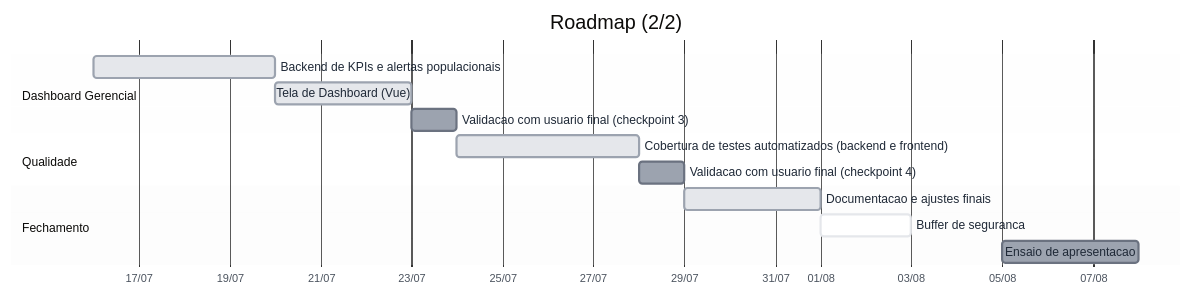
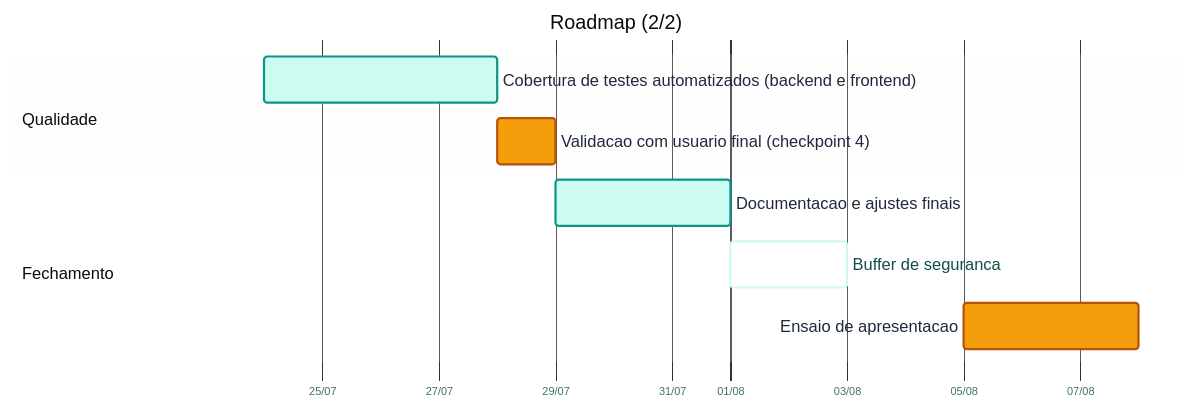
One commit to Vituriano/atendimentos changed the diagram in docs/docs/assets/roadmap-gantt-2.mmd. Above: the diagram before and after it, drawn with Mermaid. The commit also changed 4 other files, not shown here.

First line of the commit message:
docs: reorganiza Gantt em 3+2 entregas, aplica cores do projeto e fonte Baloo 2

```diff
--- a/docs/docs/assets/roadmap-gantt-2.mmd
+++ b/docs/docs/assets/roadmap-gantt-2.mmd
@@ -1,44 +1,15 @@
-%%{init: {
-  "theme": "base",
-  "themeVariables": {
-    "primaryColor": "#e5e7eb",
-    "primaryTextColor": "#1f2937",
-    "primaryBorderColor": "#9ca3af",
-    "secondaryColor": "#d1d5db",
-    "tertiaryColor": "#f3f4f6",
-    "critBorderColor": "#6b7280",
-    "critBkgColor": "#9ca3af",
-    "doneBkgColor": "#9ca3af",
-    "doneBorderColor": "#6b7280",
-    "activeBkgColor": "#d1d5db",
-    "activeBorderColor": "#6b7280",
-    "taskBkgColor": "#e5e7eb",
-    "taskBorderColor": "#9ca3af",
-    "taskTextColor": "#1f2937",
-    "taskTextOutsideColor": "#1f2937",
-    "sectionBkgColor": "#f9fafb",
-    "sectionBkgColor2": "#f3f4f6",
-    "gridColor": "#d1d5db",
-    "todayLineColor": "#9ca3af",
-    "fontFamily": "Helvetica, Arial, sans-serif"
-  }
-}}%%
+%%{init: {"theme": "base", "themeVariables": {"primaryColor": "#ccfbf1", "primaryTextColor": "#134e4a", "primaryBorderColor": "#0d9488", "secondaryColor": "#99f6e4", "tertiaryColor": "#f1f5f9", "critBorderColor": "#b45309", "critBkgColor": "#f59e0b", "doneBkgColor": "#0f766e", "doneBorderColor": "#134e4a", "activeBkgColor": "#5eead4", "activeBorderColor": "#0f766e", "taskBkgColor": "#ccfbf1", "taskBorderColor": "#0d9488", "taskTextColor": "#134e4a", "taskTextOutsideColor": "#1e293b", "sectionBkgColor": "#f8fafc", "sectionBkgColor2": "#f1f5f9", "gridColor": "#e2e8f0", "todayLineColor": "#0d9488", "fontFamily": "\"Baloo 2\", sans-serif"}, "gantt": {"barHeight": 42, "barGap": 14, "topPadding": 65, "titleTopMargin": 40, "leftPadding": 230, "fontSize": 15, "sectionFontSize": 15}, "themeCSS": ".titleText { font-family: \"Baloo 2\", sans-serif; font-size: 50px !important; } text { font-family: \"Baloo 2\", sans-serif !important; }"}}%%
 gantt
     title Roadmap (2/2)
     dateFormat YYYY-MM-DD
     axisFormat %d/%m
     todayMarker off
 
-    section Dashboard Gerencial
-    Backend de KPIs e alertas populacionais                  :d1, 2026-07-16, 4d
-    Tela de Dashboard (Vue)                                   :d2, after d1, 3d
-    Validacao com usuario final (checkpoint 3)               :crit, v3, after d2, 1d
-
     section Qualidade
-    Cobertura de testes automatizados (backend e frontend)  :r1, after v3, 4d
+    Cobertura de testes automatizados (backend e frontend)  :r1, 2026-07-24, 4d
     Validacao com usuario final (checkpoint 4)               :crit, v4, after r1, 1d
 
     section Fechamento
     Documentacao e ajustes finais                             :f1, after v4, 3d
     Buffer de seguranca                                       :active, f2, after f1, 2d
     Ensaio de apresentacao                                    :crit, f3, 2026-08-05, 3d
```
